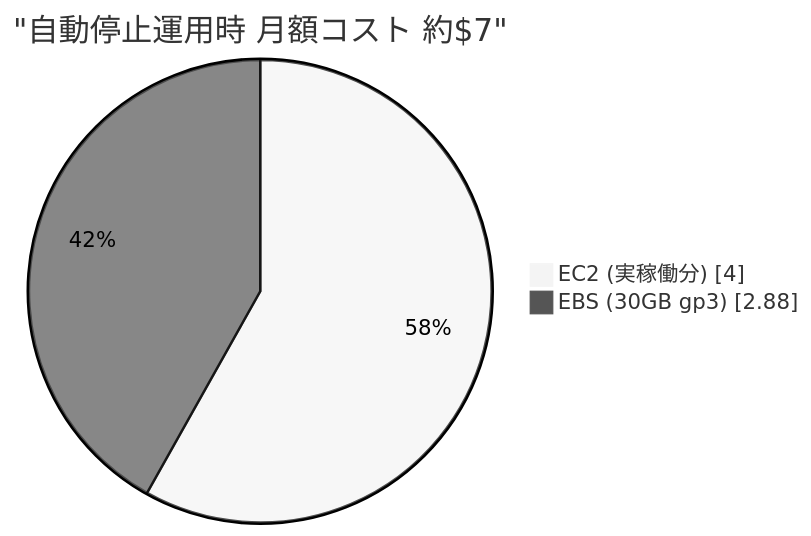
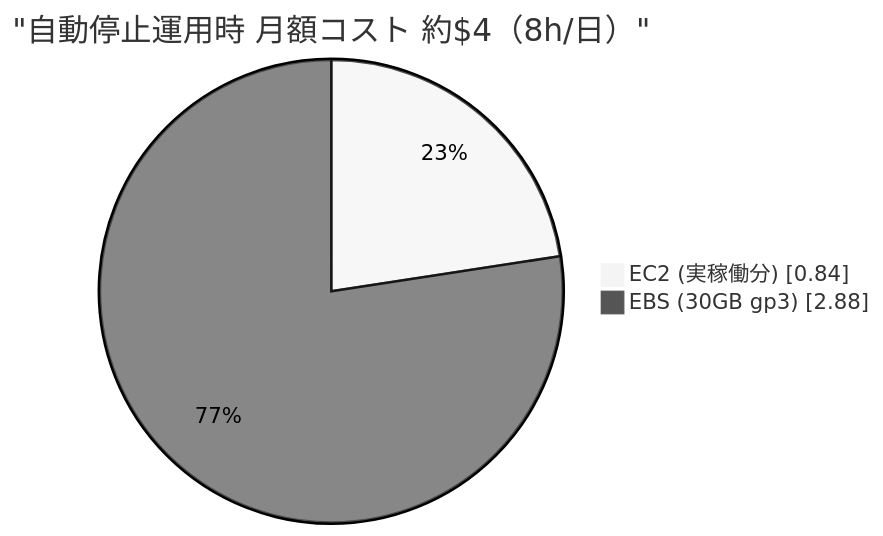
Diagram 12 of 16 in 00-architecture-diagrams.md (sideroad/claude-ar-dev-env), drawn with Mermaid (neutral theme) before and after one commit. The commit also changed other lines of this file and 3 other files, not shown here.

````diff
--- a/00-architecture-diagrams.md
+++ b/00-architecture-diagrams.md
@@ -219,6 +391,6 @@
 ```mermaid
 pie showData
-    title "自動停止運用時 月額コスト 約$7"
-    "EC2 (実稼働分)" : 4
+    title "自動停止運用時 月額コスト 約$4（8h/日）"
+    "EC2 (実稼働分)" : 0.84
     "EBS (30GB gp3)" : 2.88
 ```
````
